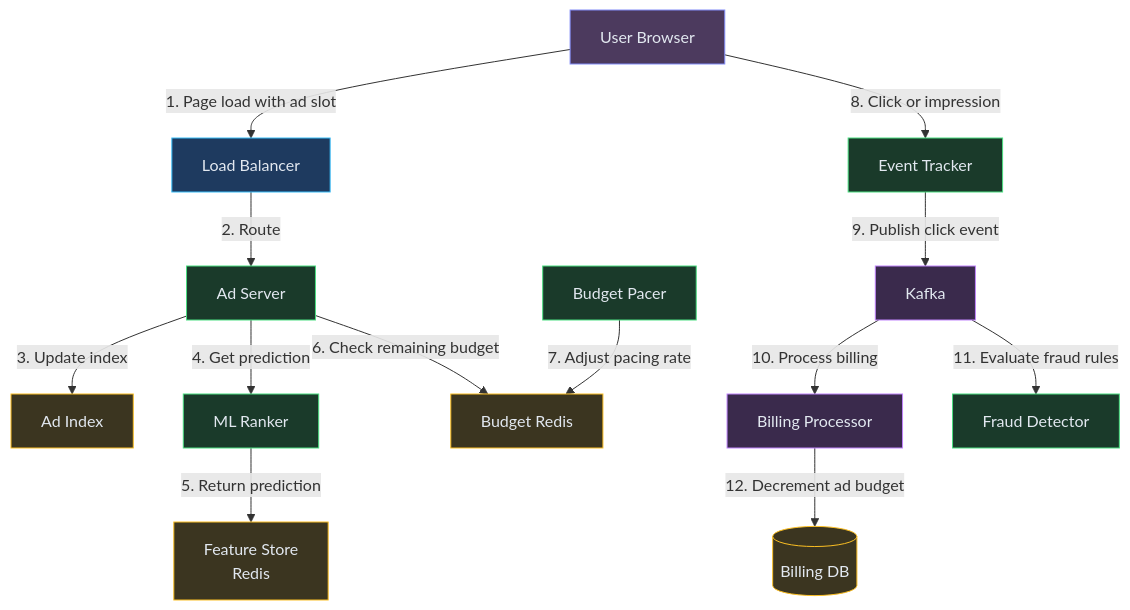
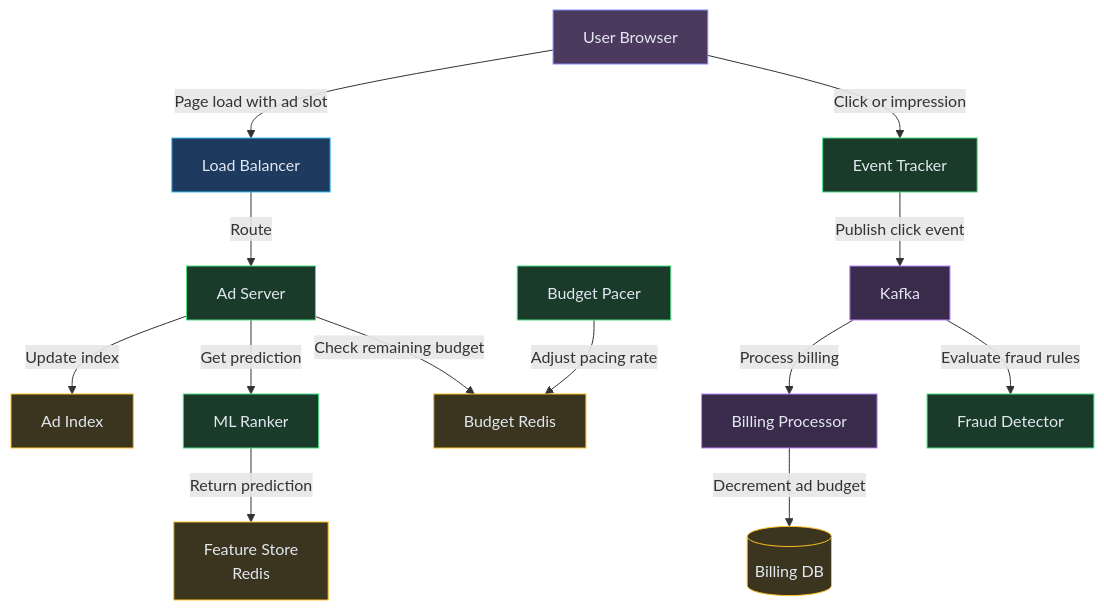
The sixth of 6 diagrams in content/hld/AdSystem.md (iluzn/HLD-Designs), drawn with Mermaid before and after one commit. The commit also changed 26 other files, not shown here.

First line of the commit message:
fix(hld): Remove confusing number prefixes from final architecture diagrams

````diff
--- a/content/hld/AdSystem.md
+++ b/content/hld/AdSystem.md
@@ -357,35 +357,35 @@
 ```mermaid
 flowchart TD
     USER["User Browser"]:::client
     LB["Load Balancer"]:::edge
     ADSERV["Ad Server"]:::service
     INDEX["Ad Index"]:::data
     ML["ML Ranker"]:::service
     FEATURES["Feature Store<br/>Redis"]:::data
     BUDGET["Budget Redis"]:::data
     PACER["Budget Pacer"]:::service
     TRACKER["Event Tracker"]:::service
     KAFKA["Kafka"]:::async
     BILLING["Billing Processor"]:::async
     FRAUD["Fraud Detector"]:::service
     BILLDB[("Billing DB")]:::data
 
-    USER -->|"1. Page load with ad slot"| LB
-    LB -->|"2. Route"| ADSERV
-    ADSERV -->|"3. Update index"| INDEX
-    ADSERV -->|"4. Get prediction"| ML
-    ML -->|"5. Return prediction"| FEATURES
-    ADSERV -->|"6. Check remaining budget"| BUDGET
-    PACER -->|"7. Adjust pacing rate"| BUDGET
-    USER -->|"8. Click or impression"| TRACKER
-    TRACKER -->|"9. Publish click event"| KAFKA
-    KAFKA -->|"10. Process billing"| BILLING
-    KAFKA -->|"11. Evaluate fraud rules"| FRAUD
-    BILLING -->|"12. Decrement ad budget"| BILLDB
+    USER -->|"Page load with ad slot"| LB
+    LB -->|"Route"| ADSERV
+    ADSERV -->|"Update index"| INDEX
+    ADSERV -->|"Get prediction"| ML
+    ML -->|"Return prediction"| FEATURES
+    ADSERV -->|"Check remaining budget"| BUDGET
+    PACER -->|"Adjust pacing rate"| BUDGET
+    USER -->|"Click or impression"| TRACKER
+    TRACKER -->|"Publish click event"| KAFKA
+    KAFKA -->|"Process billing"| BILLING
+    KAFKA -->|"Evaluate fraud rules"| FRAUD
+    BILLING -->|"Decrement ad budget"| BILLDB
 
     classDef client fill:#4c3a5e,stroke:#818cf8,color:#e2e8f0
     classDef edge fill:#1e3a5f,stroke:#38bdf8,color:#e2e8f0
     classDef service fill:#1a3a2a,stroke:#4ade80,color:#e2e8f0
     classDef data fill:#3b3520,stroke:#fbbf24,color:#e2e8f0
     classDef async fill:#3a2a4c,stroke:#c084fc,color:#e2e8f0
 ```
````
